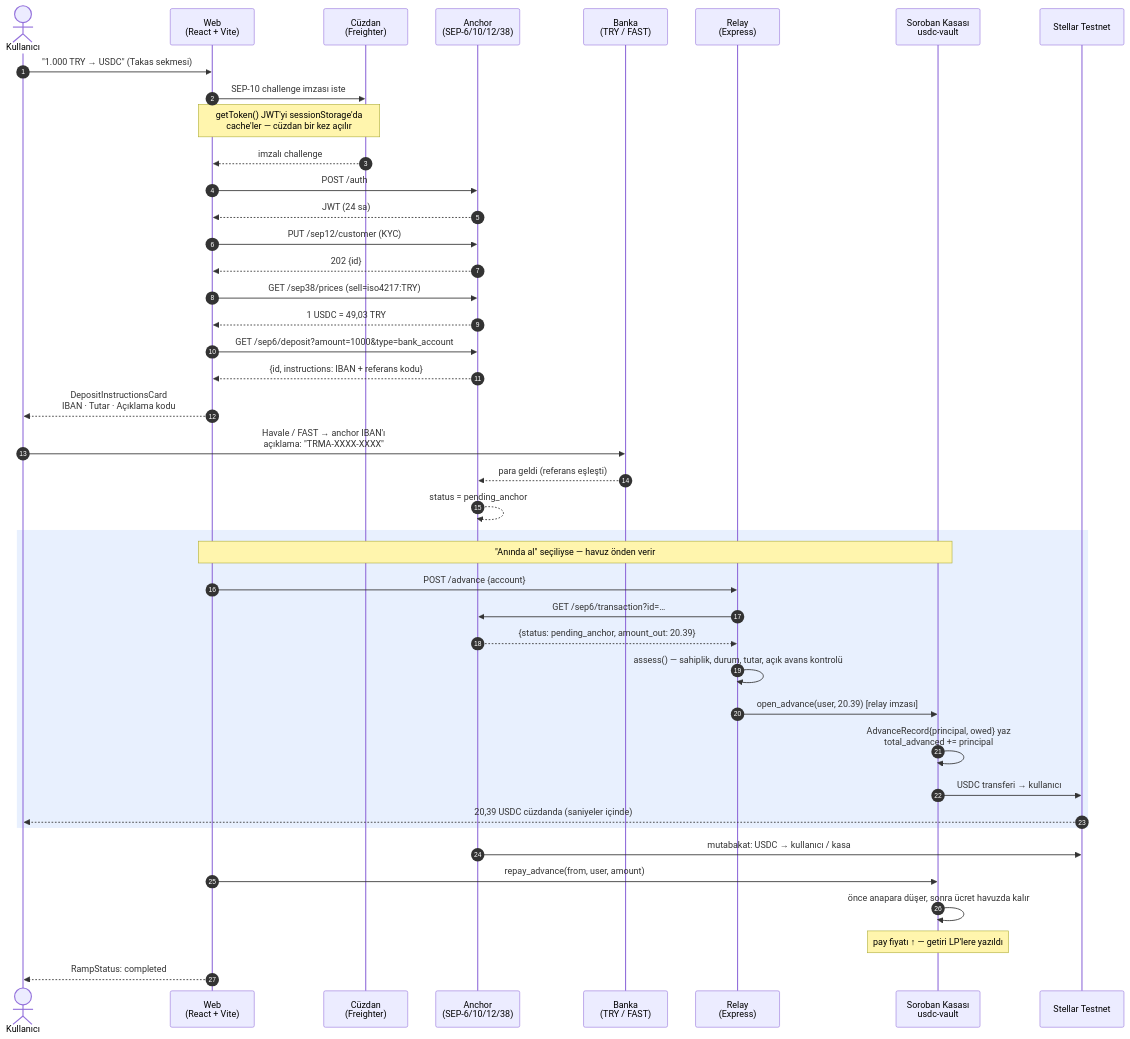
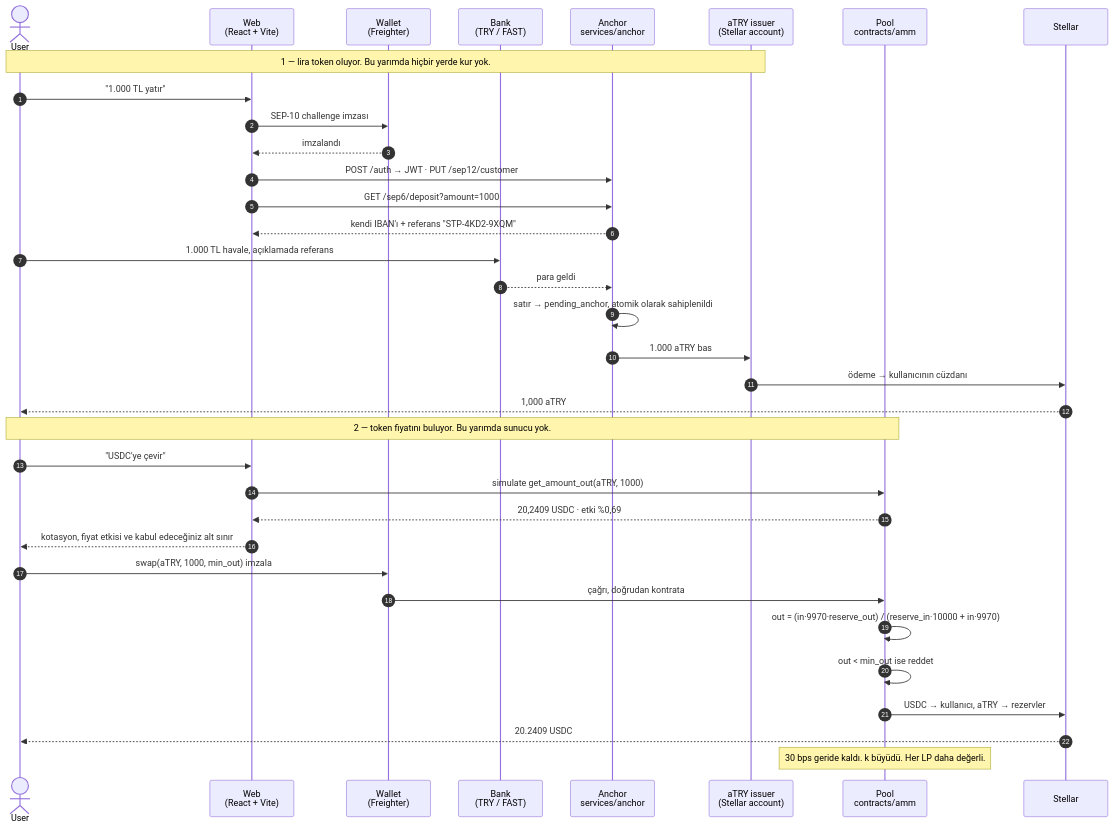
One commit to Omeraydognn/Stelpools changed the diagram in README.tr.md. Above: the diagram before and after it, drawn with Mermaid. The commit also changed other lines of this file and 88 other files, not shown here.

````diff
--- a/README.tr.md
+++ b/README.tr.md
@@ -123,48 +139,39 @@
 ```mermaid
 sequenceDiagram
     autonumber
-    actor U as Kullanıcı
+    actor U as User
     participant W as Web<br/>(React + Vite)
-    participant K as Cüzdan<br/>(Freighter)
-    participant A as Anchor<br/>(SEP-6/10/12/38)
-    participant B as Banka<br/>(TRY / FAST)
-    participant R as Relay<br/>(Express)
-    participant V as Soroban Kasası<br/>usdc-vault
-    participant S as Stellar Testnet
+    participant K as Wallet<br/>(Freighter)
+    participant B as Bank<br/>(TRY / FAST)
+    participant A as Anchor<br/>services/anchor
+    participant I as aTRY issuer<br/>(Stellar account)
+    participant P as Pool<br/>contracts/amm
+    participant S as Stellar
 
-    U->>W: "1.000 TRY → USDC" (Takas sekmesi)
-    W->>K: SEP-10 challenge imzası iste
-    Note over W,K: getToken() JWT'yi sessionStorage'da<br/>cache'ler — cüzdan bir kez açılır
-    K-->>W: imzalı challenge
-    W->>A: POST /auth
-    A-->>W: JWT (24 sa)
-    W->>A: PUT /sep12/customer  (KYC)
-    A-->>W: 202 {id}
-    W->>A: GET /sep38/prices  (sell=iso4217:TRY)
-    A-->>W: 1 USDC = 49,03 TRY
-    W->>A: GET /sep6/deposit?amount=1000&type=bank_account
-    A-->>W: {id, instructions: IBAN + referans kodu}
-    W-->>U: DepositInstructionsCard<br/>IBAN · Tutar · Açıklama kodu
+    Note over U,I: 1 — lira token oluyor. Bu yarımda hiçbir yerde kur yok.
+    U->>W: "1.000 TL yatır"
+    W->>K: SEP-10 challenge imzası
+    K-->>W: imzalandı
+    W->>A: POST /auth → JWT · PUT /sep12/customer
+    W->>A: GET /sep6/deposit?amount=1000
+    A-->>W: kendi IBAN'ı + referans "STP-4KD2-9XQM"
+    U->>B: 1.000 TL havale, açıklamada referans
+    B-->>A: para geldi
+    A->>A: satır → pending_anchor, atomik olarak sahiplenildi
+    A->>I: 1.000 aTRY bas
+    I->>S: ödeme → kullanıcının cüzdanı
+    S-->>U: 1,000 aTRY
 
-    U->>B: Havale / FAST → anchor IBAN'ı<br/>açıklama: "TRMA-XXXX-XXXX"
-    B-->>A: para geldi (referans eşleşti)
-    A-->>A: status = pending_anchor
-
-    rect rgb(232, 240, 254)
-    Note over W,V: "Anında al" seçiliyse — havuz önden verir
-    W->>R: POST /advance {account}
-    R->>A: GET /sep6/transaction?id=…
-    A-->>R: {status: pending_anchor, amount_out: 20.39}
-    R->>R: assess() — sahiplik, durum, tutar, açık avans kontrolü
-    R->>V: open_advance(user, 20.39)  [relay imzası]
-    V->>V: AdvanceRecord{principal, owed} yaz<br/>total_advanced += principal
-    V->>S: USDC transferi → kullanıcı
-    S-->>U: 20,39 USDC cüzdanda (saniyeler içinde)
-    end
-
-    A->>S: mutabakat: USDC → kullanıcı / kasa
-    W->>V: repay_advance(from, user, amount)
-    V->>V: önce anapara düşer, sonra ücret havuzda kalır
-    Note over V: pay fiyatı ↑ — getiri LP'lere yazıldı
-    W-->>U: RampStatus: completed
+    Note over U,P: 2 — token fiyatını buluyor. Bu yarımda sunucu yok.
+    U->>W: "USDC'ye çevir"
+    W->>P: simulate get_amount_out(aTRY, 1000)
+    P-->>W: 20,2409 USDC · etki %0,69
+    W-->>U: kotasyon, fiyat etkisi ve kabul edeceğiniz alt sınır
+    U->>K: swap(aTRY, 1000, min_out) imzala
+    K->>P: çağrı, doğrudan kontrata
+    P->>P: out = (in·9970·reserve_out) / (reserve_in·10000 + in·9970)
+    P->>P: out < min_out ise reddet
+    P->>S: USDC → kullanıcı, aTRY → rezervler
+    S-->>U: 20.2409 USDC
+    Note over P: 30 bps geride kaldı. k büyüdü. Her LP daha değerli.
 ```
````
